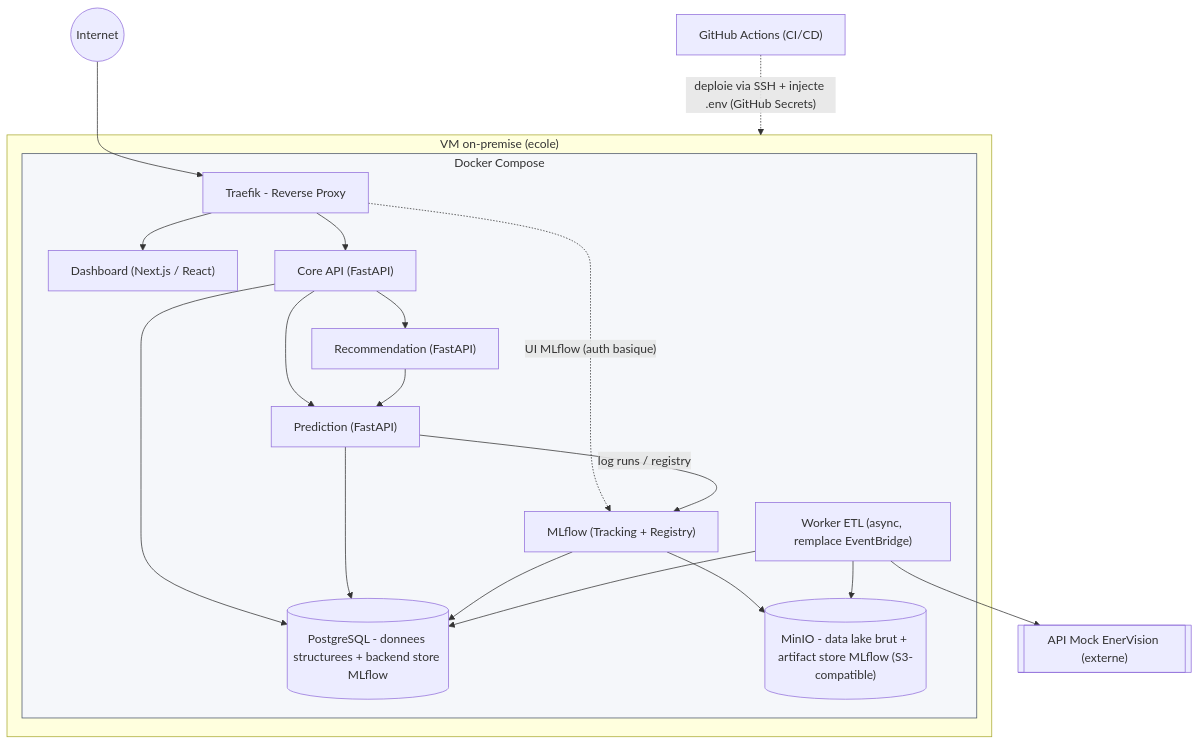
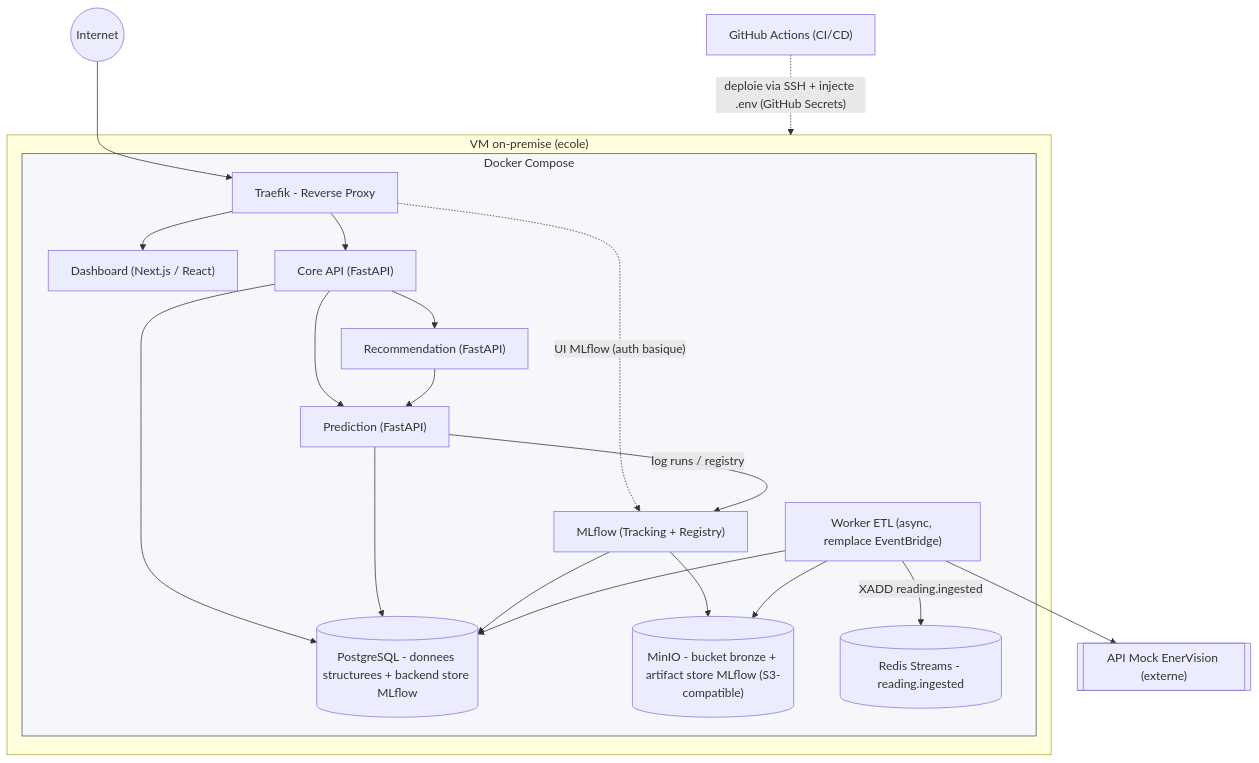
One commit to PetitPingu/EnerVision changed the diagram in docs/archi_infra.md. Above: the diagram before and after it, drawn with Mermaid. The commit also changed other lines of this file and 2 other files, not shown here.

First line of the commit message:
Adapter les schémas mermaid à l'implémentation réelle (#19)

````diff
--- a/docs/archi_infra.md
+++ b/docs/archi_infra.md
@@ -23,39 +24,41 @@
 ```mermaid
 flowchart TB
     Internet((Internet))
     Mock[["API Mock EnerVision (externe)"]]
     CI["GitHub Actions (CI/CD)"]
  
     subgraph VM["VM on-premise (ecole)"]
         subgraph Net["Docker Compose"]
             RP["Traefik - Reverse Proxy"]
             Dash["Dashboard (Next.js / React)"]
             API["Core API (FastAPI)"]
             Pred["Prediction (FastAPI)"]
             Reco["Recommendation (FastAPI)"]
             Etl["Worker ETL (async, remplace EventBridge)"]
             MLflow["MLflow (Tracking + Registry)"]
             PG[("PostgreSQL - donnees structurees + backend store MLflow")]
-            Minio[("MinIO - data lake brut + artifact store MLflow (S3-compatible)")]
+            Minio[("MinIO - bucket bronze + artifact store MLflow (S3-compatible)")]
+            Redis[("Redis Streams - reading.ingested")]
         end
     end
  
     Internet --> RP
     RP --> Dash
     RP --> API
     RP -. "UI MLflow (auth basique)" .-> MLflow
     API --> Pred
     API --> Reco
     Reco --> Pred
     API --> PG
     Pred --> PG
     Pred -- "log runs / registry" --> MLflow
     MLflow --> PG
     MLflow --> Minio
     Etl --> PG
     Etl --> Minio
     Etl --> Mock
+    Etl -- "XADD reading.ingested" --> Redis
     CI -. "deploie via SSH + injecte .env (GitHub Secrets)" .-> VM
  
     style Net fill:#f5f7fa,stroke:#4a5568,stroke-width:1px
 ```
````
